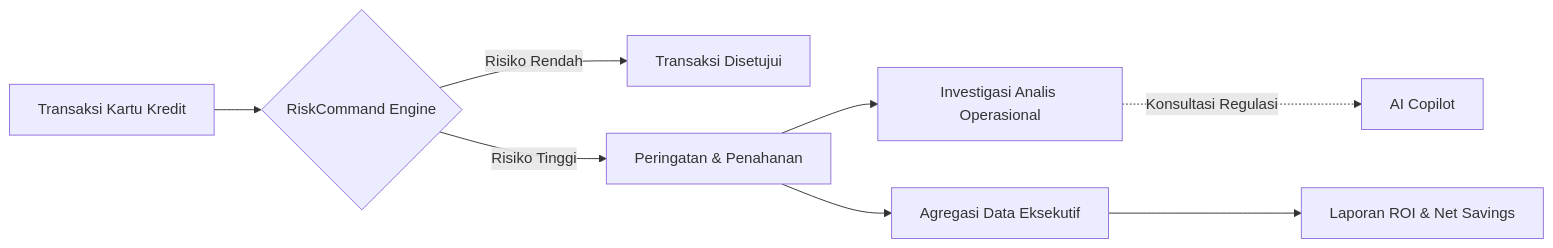
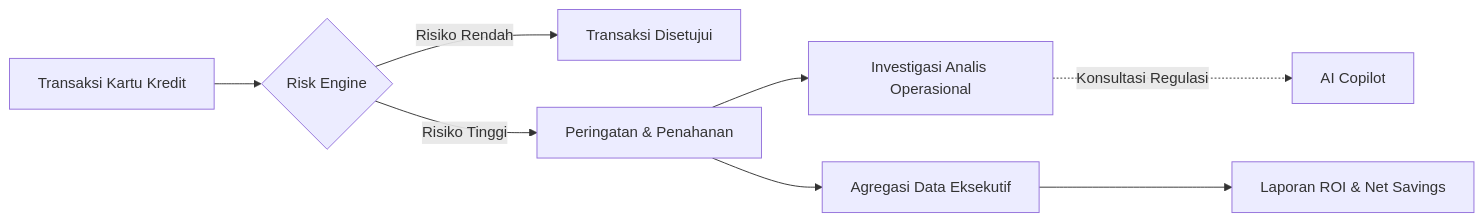
Before and after one commit to RazerArdi/credit-card-fraud-ml: the first of 2 diagrams in README.md, drawn with Mermaid. The commit also changed other lines of this file and 1 other file, not shown here.

Commit message:
fix: Update references from 'RiskCommand' to 'Risk' in documentation for consistency

````diff
--- a/README.md
+++ b/README.md
@@ -43,12 +43,12 @@
 ```mermaid
 flowchart LR
-    A[Transaksi Kartu Kredit] --> B{RiskCommand Engine}
+    A[Transaksi Kartu Kredit] --> B{Risk Engine}
     B -->|Risiko Rendah| C[Transaksi Disetujui]
     B -->|Risiko Tinggi| D[Peringatan & Penahanan]
 
     D --> E[Investigasi Analis Operasional]
     E -. Konsultasi Regulasi .-> F[AI Copilot]
 
     D --> G[Agregasi Data Eksekutif]
     G --> H[Laporan ROI & Net Savings]
 ```
````
